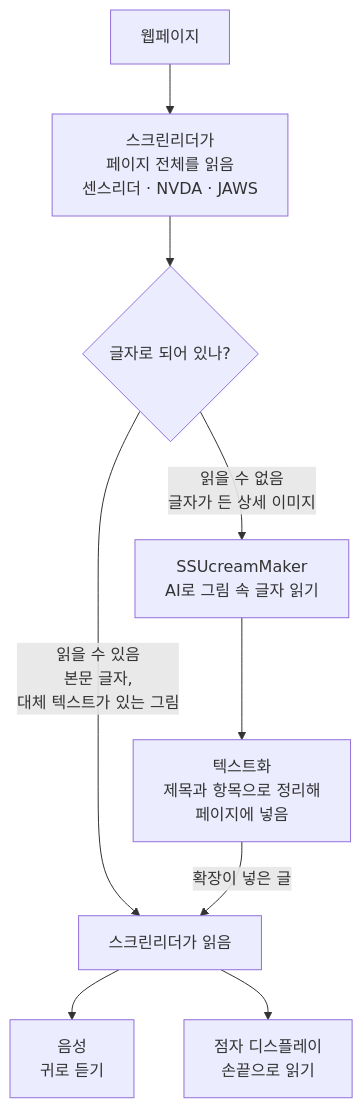
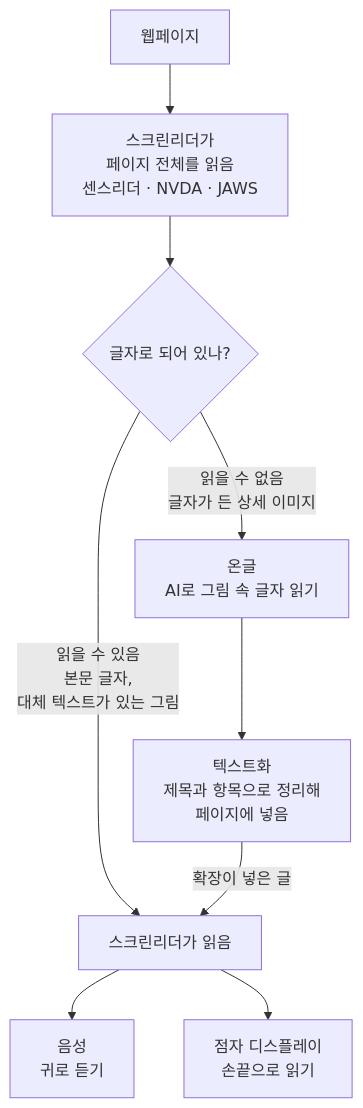
Before and after one commit to SSUmart/SSUcreamMaker: the diagram in README.md, drawn with Mermaid. The commit also changed other lines of this file and 13 other files, not shown here.

````diff
--- a/README.md
+++ b/README.md
@@ -27,11 +31,11 @@
 ```mermaid
 flowchart TD
     page["웹페이지"] --> scan["스크린리더가<br/>페이지 전체를 읽음<br/>센스리더 · NVDA · JAWS"]
     scan --> check{"글자로 되어 있나?"}
     check -- "읽을 수 있음<br/>본문 글자,<br/>대체 텍스트가 있는 그림" --> read["스크린리더가 읽음"]
-    check -- "읽을 수 없음<br/>글자가 든 상세 이미지" --> ai["SSUcreamMaker<br/>AI로 그림 속 글자 읽기"]
+    check -- "읽을 수 없음<br/>글자가 든 상세 이미지" --> ai["온글<br/>AI로 그림 속 글자 읽기"]
     ai --> text["텍스트화<br/>제목과 항목으로 정리해<br/>페이지에 넣음"]
     text -- "확장이 넣은 글" --> read
     read --> voice["음성<br/>귀로 듣기"]
     read --> braille["점자 디스플레이<br/>손끝으로 읽기"]
 ```
````
